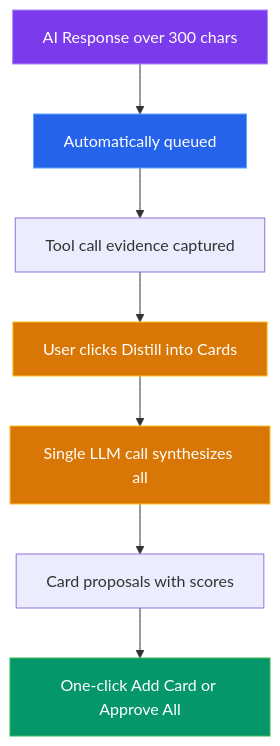
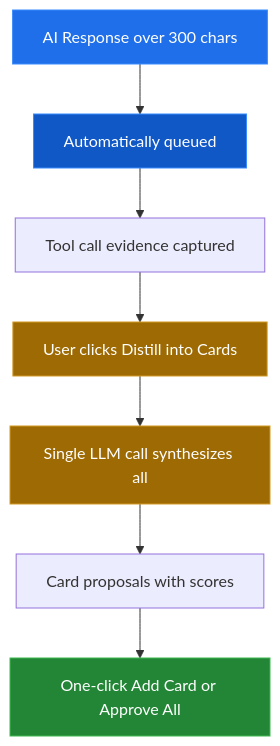
One commit to GittyHarsha/ContextManager changed the first of 2 diagrams in docs/features/card-queue.md. Above: the diagram before and after it, drawn with Mermaid. The commit also changed other lines of this file and 86 other files, not shown here.

```diff
--- a/docs/features/card-queue.md
+++ b/docs/features/card-queue.md
@@ -29,15 +29,15 @@
 <pre class="mermaid">
 graph TD
     A[AI Response over 300 chars] --> B[Automatically queued]
     B --> C[Tool call evidence captured]
     C --> D[User clicks Distill into Cards]
     D --> E[Single LLM call synthesizes all]
     E --> F[Card proposals with scores]
     F --> G[One-click Add Card or Approve All]
 
-    style A fill:#7c3aed,stroke:#a78bfa,color:#fff
-    style B fill:#2563eb,stroke:#58a6ff,color:#fff
-    style D fill:#d97706,stroke:#fbbf24,color:#fff
-    style E fill:#d97706,stroke:#fbbf24,color:#fff
-    style G fill:#059669,stroke:#3fb950,color:#fff
+    style A fill:#1f6feb,stroke:#388bfd,color:#fff
+    style B fill:#1158c7,stroke:#388bfd,color:#fff
+    style D fill:#9e6a03,stroke:#d29922,color:#fff
+    style E fill:#9e6a03,stroke:#d29922,color:#fff
+    style G fill:#238636,stroke:#3fb950,color:#fff
 </pre>
```
